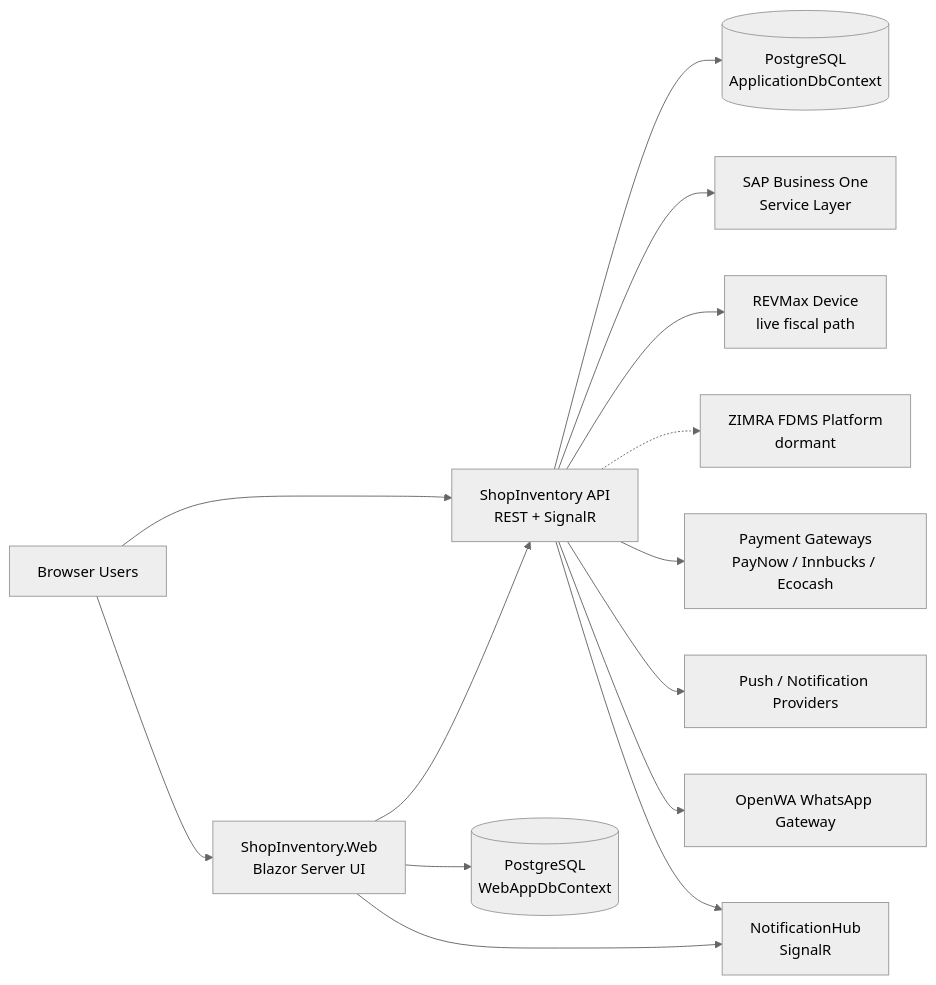
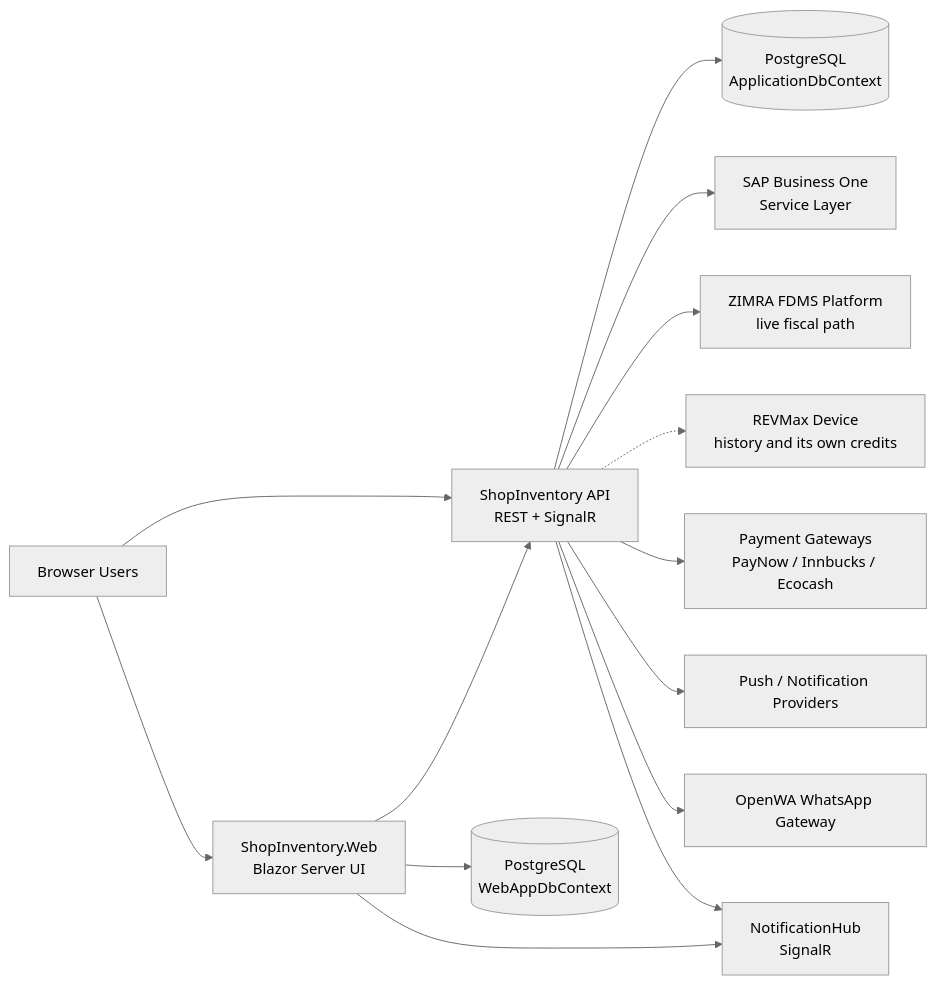
The first of 2 diagrams in architecture.md (Ngonie69/ShopInventory), drawn with Mermaid (neutral theme) before and after one commit. The commit also changed other lines of this file and 18 other files, not shown here.

````diff
--- a/architecture.md
+++ b/architecture.md
@@ -18,21 +18,21 @@
 ```mermaid
 flowchart LR
     Browser[Browser Users] --> Web[ShopInventory.Web\nBlazor Server UI]
     Browser --> Api[ShopInventory API\nREST + SignalR]
     Web --> Api
 
     Api --> ApiDb[(PostgreSQL\nApplicationDbContext)]
     Web --> WebDb[(PostgreSQL\nWebAppDbContext)]
 
     Api --> SAP[SAP Business One\nService Layer]
-    Api --> REV[REVMax Device
+    Api --> FDMS[ZIMRA FDMS Platform
 live fiscal path]
-    Api -.-> FDMS[ZIMRA FDMS Platform
-dormant]
+    Api -.-> REV[REVMax Device
+history and its own credits]
     Api --> Pay[Payment Gateways\nPayNow / Innbucks / Ecocash]
     Api --> Push[Push / Notification Providers]
     Api --> OpenWA[OpenWA WhatsApp Gateway]
 
     Api --> Hub[NotificationHub\nSignalR]
     Web --> Hub
 ```
````
